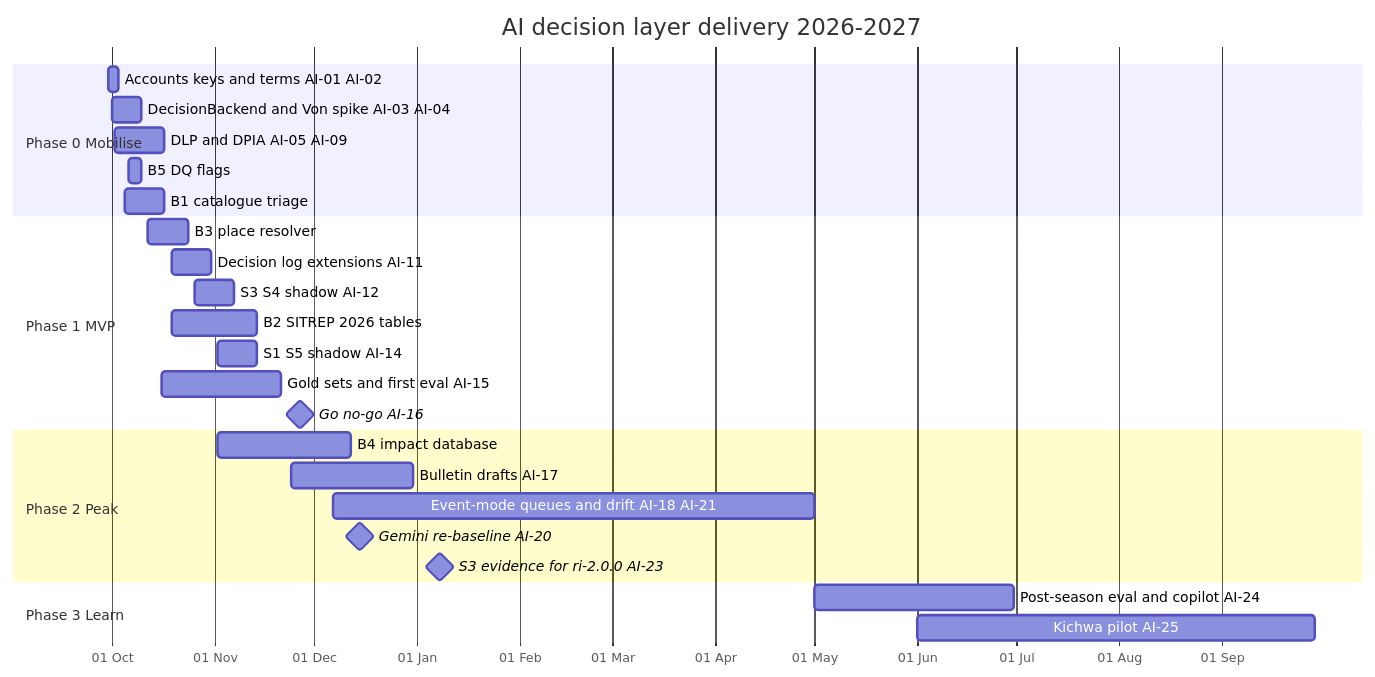
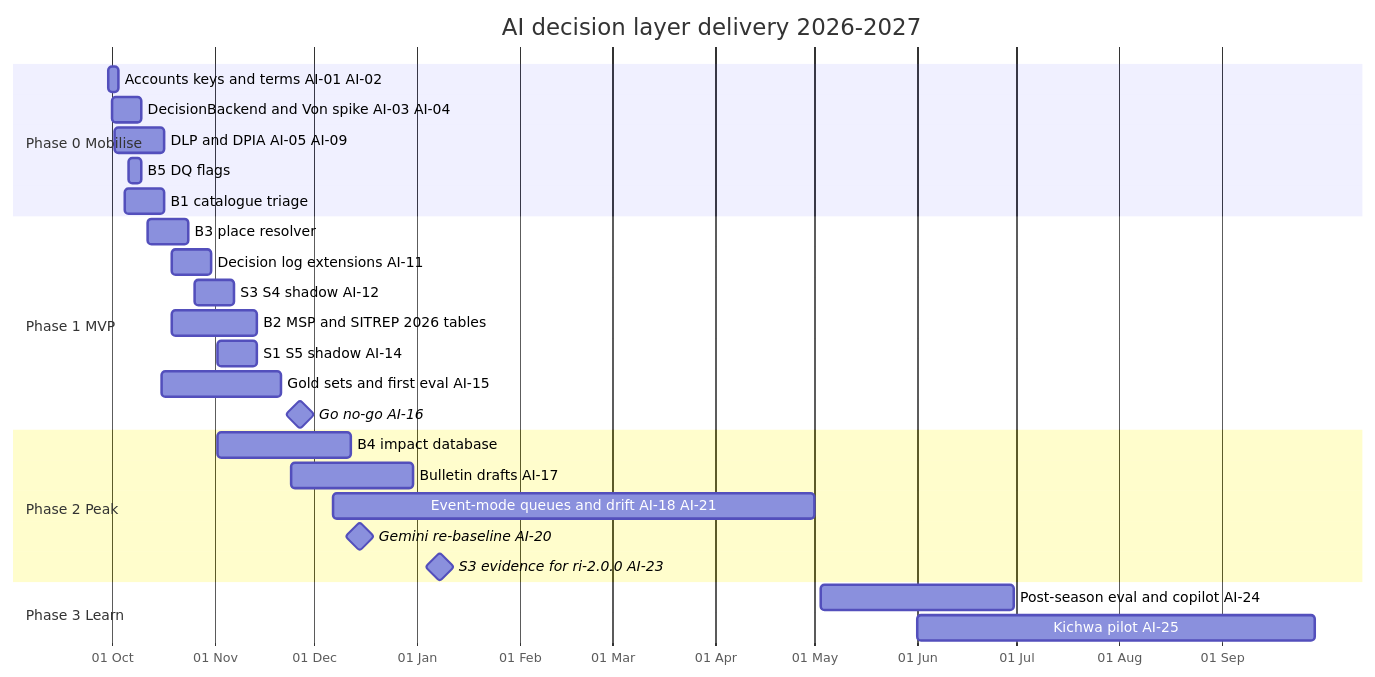
One commit to mcastroarroyo/weathernext changed the fourth of 4 diagrams in docs/08-ai-decision-layer-jev.md. Above: the diagram before and after it, drawn with Mermaid. The commit also changed other lines of this file, not shown here.

````diff
--- a/docs/08-ai-decision-layer-jev.md
+++ b/docs/08-ai-decision-layer-jev.md
@@ -1325,29 +1319,29 @@
 ```mermaid
 gantt
   title AI decision layer delivery 2026-2027
   dateFormat YYYY-MM-DD
   axisFormat %d %b
   section Phase 0 Mobilise
   Accounts keys and terms AI-01 AI-02      :a1, 2026-09-30, 3d
   DecisionBackend and Von spike AI-03 AI-04 :a2, 2026-10-01, 9d
   DLP and DPIA AI-05 AI-09                  :a3, 2026-10-02, 15d
   B5 DQ flags                               :b5, 2026-10-06, 4d
   B1 catalogue triage                       :b1, 2026-10-05, 12d
   section Phase 1 MVP
   B3 place resolver                         :b3, 2026-10-12, 12d
   Decision log extensions AI-11             :a11, 2026-10-19, 12d
   S3 S4 shadow AI-12                        :a12, 2026-10-26, 12d
-  B2 SITREP 2026 tables                     :b2, 2026-10-19, 26d
+  B2 MSP and SITREP 2026 tables             :b2, 2026-10-19, 26d
   S1 S5 shadow AI-14                        :a14, 2026-11-02, 12d
   Gold sets and first eval AI-15            :a15, 2026-10-16, 36d
   Go no-go AI-16                            :milestone, m1, 2026-11-27, 0d
   section Phase 2 Peak
   B4 impact database                        :b4, 2026-11-02, 40d
   Bulletin drafts AI-17                     :a17, 2026-11-24, 37d
   Event-mode queues and drift AI-18 AI-21   :a18, 2026-12-07, 145d
   Gemini re-baseline AI-20                  :milestone, m2, 2026-12-15, 0d
   S3 evidence for ri-2.0.0 AI-23            :milestone, m3, 2027-01-08, 0d
   section Phase 3 Learn
-  Post-season eval and copilot AI-24        :a24, 2027-05-01, 60d
+  Post-season eval and copilot AI-24        :a24, 2027-05-03, 58d
   Kichwa pilot AI-25                        :a25, 2027-06-01, 120d
 ```
````
